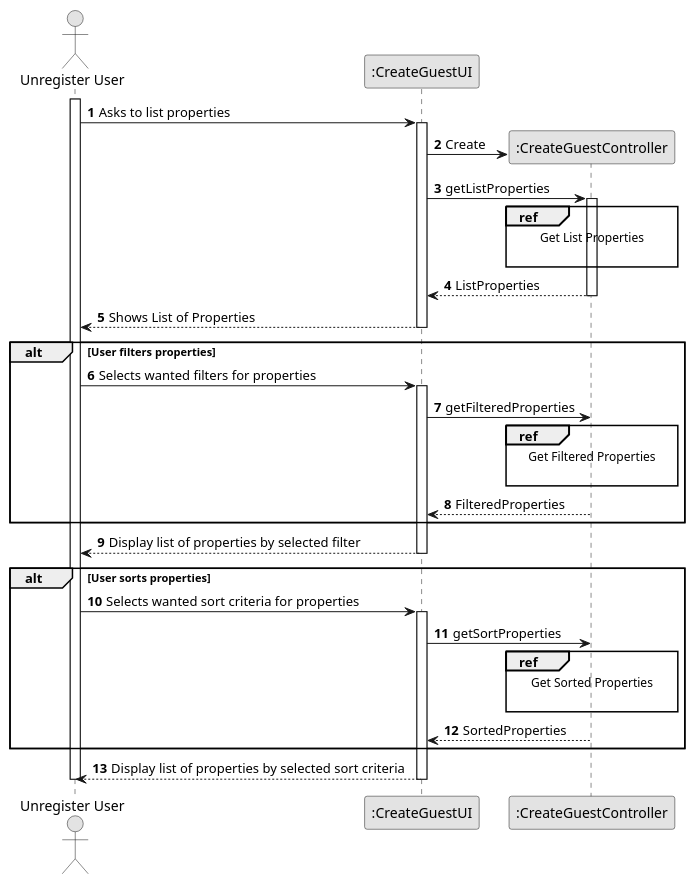
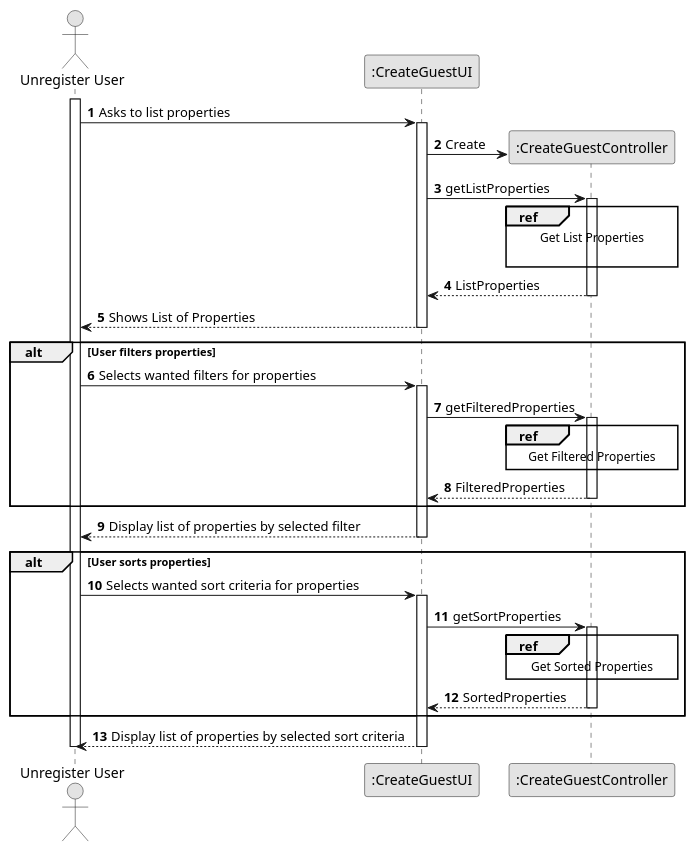
One commit to hugosilva2901/lei-22-s2-1DO-g68 changed the diagram in lei-22-s2-1do-g68/docs/SprintB/us001/03.design/puml/us001-sequence-diagram-split.puml. Above: the diagram before and after it, drawn with PlantUML. The commit also changed 8 other files, not shown here.

```diff
--- a/lei-22-s2-1do-g68/docs/SprintB/us001/03.design/puml/us001-sequence-diagram-split.puml
+++ b/lei-22-s2-1do-g68/docs/SprintB/us001/03.design/puml/us001-sequence-diagram-split.puml
@@ -1,63 +1,66 @@
 @startuml
 skinparam monochrome true
 skinparam packageStyle rectangle
 skinparam shadowing false
 
 autonumber
 
 'hide footbox
 actor "Unregister User" as ADM
 participant ":CreateGuestUI" as UI
 participant ":CreateGuestController" as CTRL
 
 
 activate ADM
 
     ADM -> UI : Asks to list properties
 
     activate UI
 
         UI -> CTRL** : Create
         UI -> CTRL : getListProperties
         ref over CTRL
             Get List Properties
 
         end ref
 
         activate CTRL
 
             CTRL --> UI : ListProperties
         deactivate CTRL
 
         UI --> ADM : Shows List of Properties
     deactivate UI
     alt User filters properties
     ADM -> UI : Selects wanted filters for properties
     activate UI
         UI -> CTRL : getFilteredProperties
+        activate CTRL
         ref over CTRL
             Get Filtered Properties
+        end ref
 
-        end ref
     CTRL --> UI : FilteredProperties
+    deactivate CTRL
     end alt
         UI --> ADM : Display list of properties by selected filter
 
     deactivate UI
     alt User sorts properties
     ADM -> UI : Selects wanted sort criteria for properties
     activate UI
     UI -> CTRL : getSortProperties
+            activate CTRL
             ref over CTRL
                 Get Sorted Properties
-
             end ref
         CTRL --> UI : SortedProperties
+            deactivate CTRL
     end alt
         UI --> ADM : Display list of properties by selected sort criteria
     deactivate UI
 
 
 deactivate ADM
 
 @enduml
```
